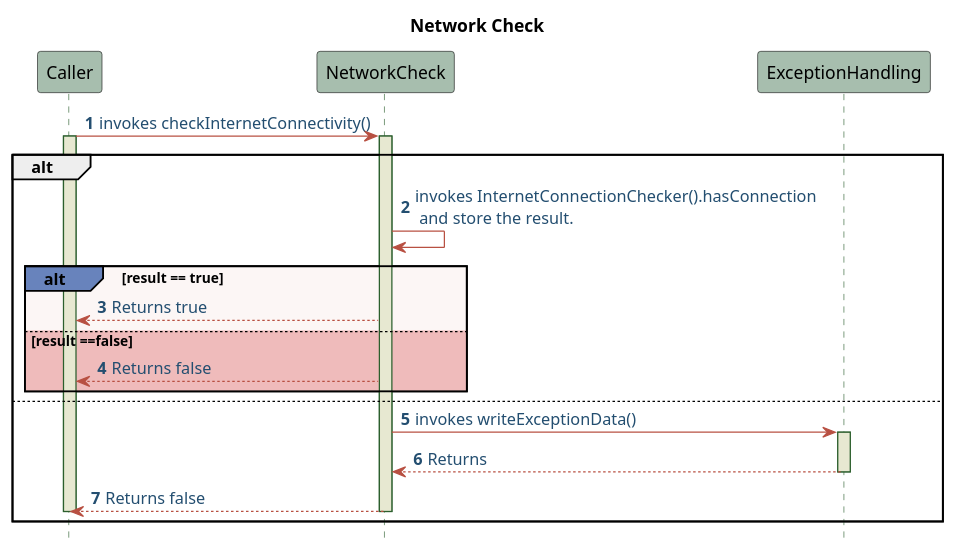
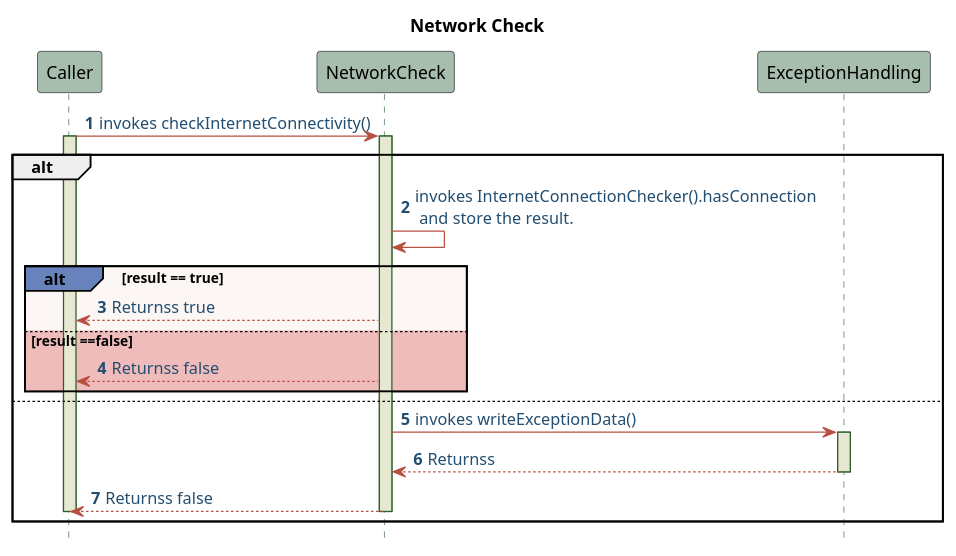
One commit to ThirumuruganArumugam/social_media changed the diagram in lib/Helpers/APIHandlerHelper/Design/NetworkCheck.puml. Above: the diagram before and after it, drawn with PlantUML. The commit also changed 34 other files, not shown here.

Commit message:
Sequence update

```diff
--- a/lib/Helpers/APIHandlerHelper/Design/NetworkCheck.puml
+++ b/lib/Helpers/APIHandlerHelper/Design/NetworkCheck.puml
@@ -1,34 +1,34 @@
 @startuml NetworkCheck
 skinparam sequence{
     ParticipantBackgroundColor #A7BEAE
     LifeLineBackgroundColor #E7E8D1
     LifeLineBorderColor #2C5F2D
     ActorBackgroundColor #FC766AFF
     ActorBorderColor #FC766AFF
     ArrowColor #B85042
     ArrowFontColor #234E70
 }
 
 title Network Check
 autonumber
 hide footbox
 Caller -> NetworkCheck: invokes checkInternetConnectivity()
 activate Caller
 activate NetworkCheck
 alt
     NetworkCheck -> NetworkCheck: invokes InternetConnectionChecker().hasConnection\n and store the result.
     alt#6883BC #FCF6F5 result == true
-        NetworkCheck --> Caller: Returns true
+        NetworkCheck --> Caller: Returnss true
     else #efbbbb result ==false
-        NetworkCheck --> Caller : Returns false
+        NetworkCheck --> Caller : Returnss false
     end
 else
     NetworkCheck -> ExceptionHandling: invokes writeExceptionData()
     activate ExceptionHandling
-    ExceptionHandling --> NetworkCheck: Returns
+    ExceptionHandling --> NetworkCheck: Returnss
     deactivate ExceptionHandling
-    NetworkCheck --> Caller: Returns false
+    NetworkCheck --> Caller: Returnss false
     deactivate NetworkCheck
     deactivate Caller
 end
 @enduml
```
